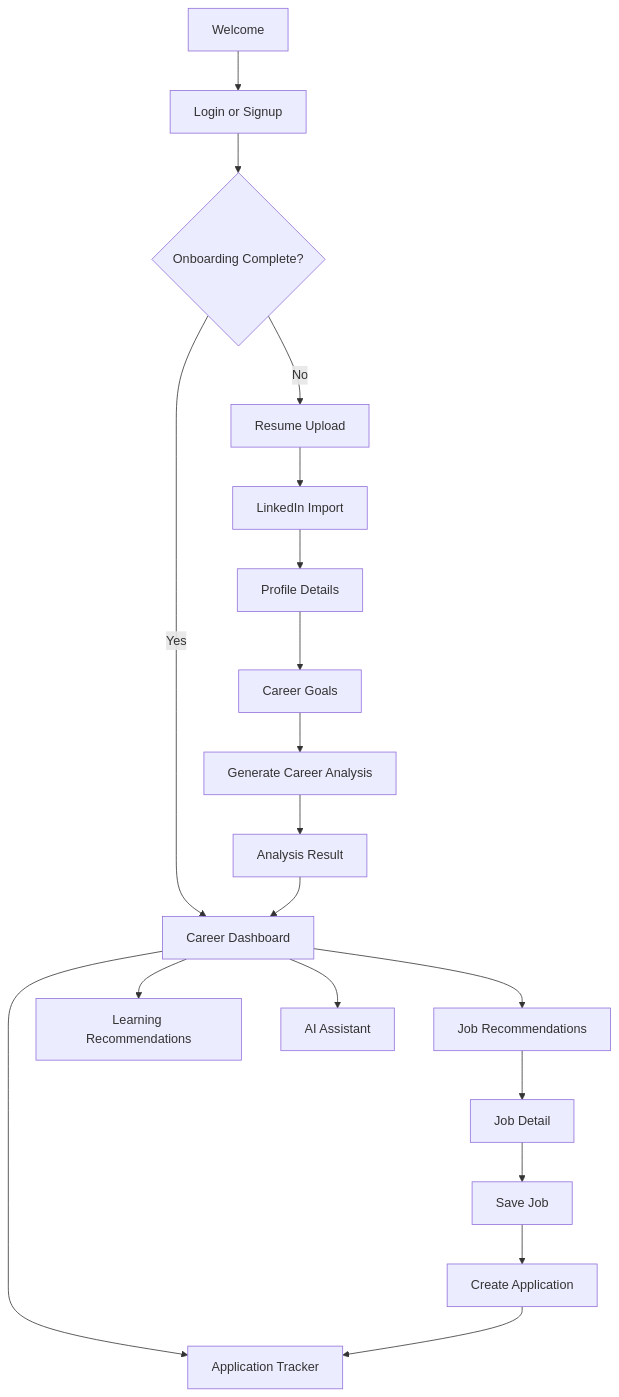
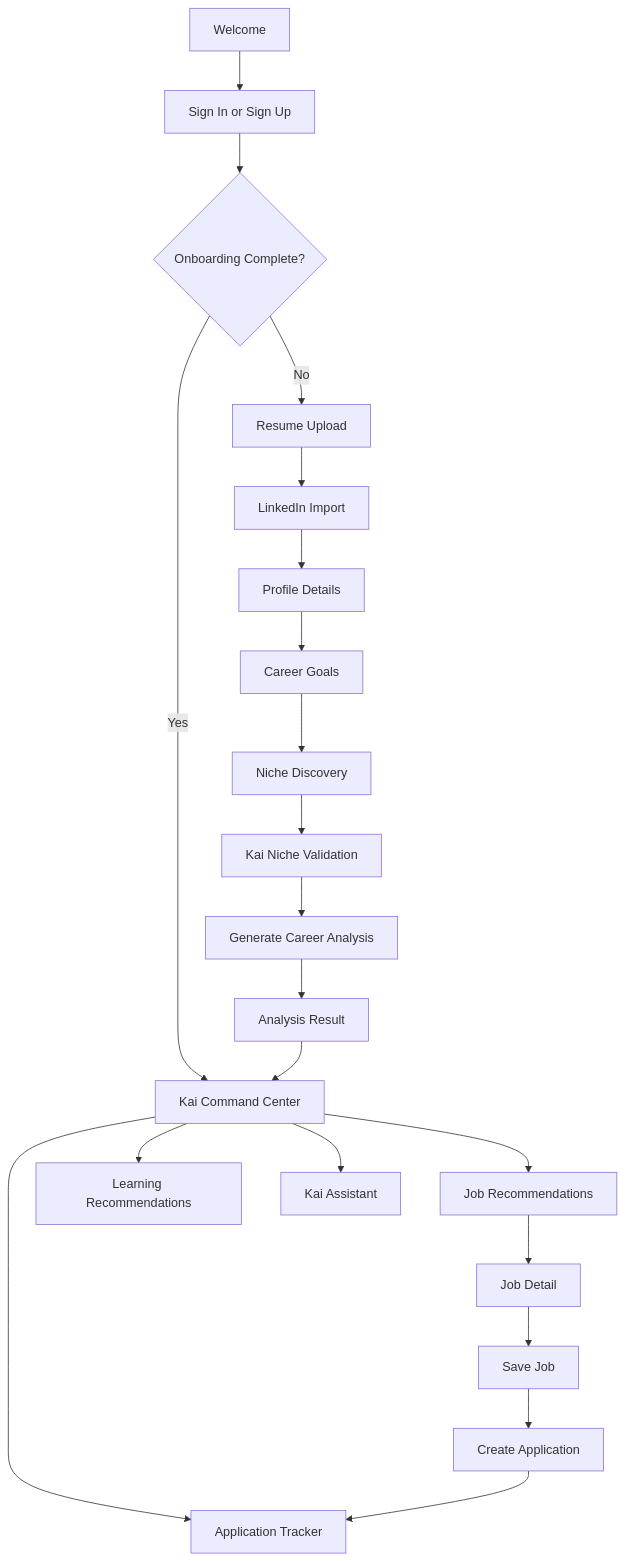
The diagram in docs/MVP_SCREEN_FLOW.md (Mirzzie/Fadi), drawn with Mermaid before and after one commit. The commit also changed other lines of this file and 65 other files, not shown here.

First line of the commit message:
docs: update architecture docs for Better Auth, Kai, and data sources

````diff
--- a/docs/MVP_SCREEN_FLOW.md
+++ b/docs/MVP_SCREEN_FLOW.md
@@ -5,21 +5,23 @@
 ```mermaid
 flowchart TD
-    Welcome[Welcome] --> Auth[Login or Signup]
+    Welcome[Welcome] --> Auth[Sign In or Sign Up]
     Auth --> Check{Onboarding Complete?}
     Check -->|No| Resume[Resume Upload]
-    Check -->|Yes| Dashboard[Career Dashboard]
+    Check -->|Yes| Dashboard[Kai Command Center]
     Resume --> LinkedIn[LinkedIn Import]
     LinkedIn --> Profile[Profile Details]
     Profile --> Goals[Career Goals]
-    Goals --> Generate[Generate Career Analysis]
+    Goals --> Niche[Niche Discovery]
+    Niche --> Validate[Kai Niche Validation]
+    Validate --> Generate[Generate Career Analysis]
     Generate --> Analysis[Analysis Result]
     Analysis --> Dashboard
     Dashboard --> Jobs[Job Recommendations]
     Dashboard --> Apps[Application Tracker]
     Dashboard --> Learning[Learning Recommendations]
-    Dashboard --> Assistant[AI Assistant]
+    Dashboard --> Assistant[Kai Assistant]
     Jobs --> JobDetail[Job Detail]
     JobDetail --> Save[Save Job]
     Save --> CreateApp[Create Application]
     CreateApp --> Apps
 ```
````
